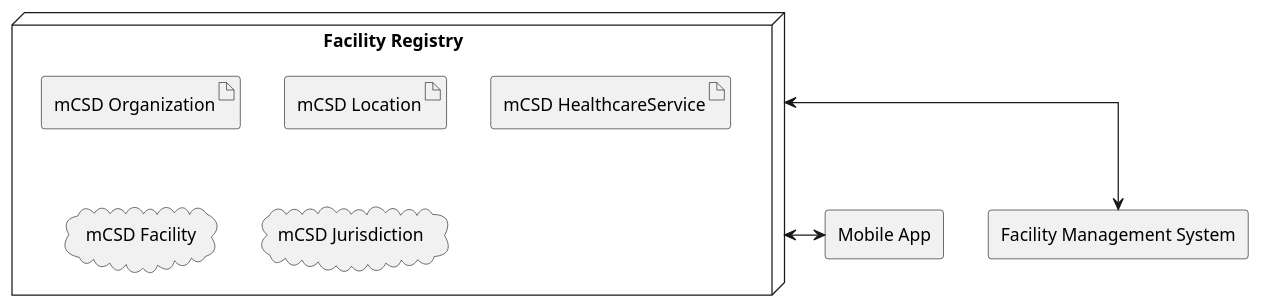
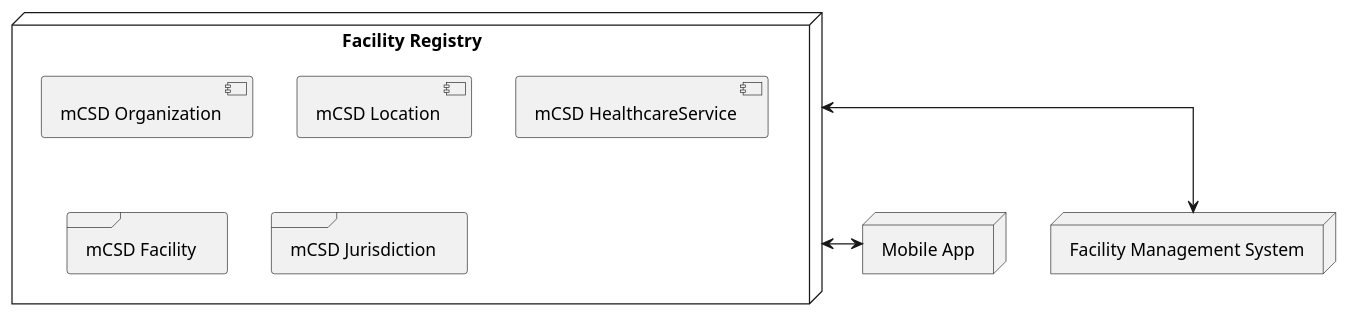
One commit to IHE/mCSD-Whitepaper changed the fourth of 6 diagrams in mCSD-Whitepaper.plantuml. Above: the diagram before and after it, drawn with PlantUML. The commit also changed other lines of this file and 11 other files, not shown here.

Commit message:
Added back in use cases at the top and updated the facility section to reflect this change.  HWR and ILR still need to be updated.  Also updated diagrams for those.

```diff
--- a/mCSD-Whitepaper.plantuml
+++ b/mCSD-Whitepaper.plantuml
@@ -71,18 +74,19 @@
-@startuml monitor-function-facilities
+@startuml simple-facility-services
+skinparam componentStyle uml2
 skinparam linetype ortho
 
 node registry as "Facility Registry" {
-  artifact forg as "mCSD Organization"
-  artifact floc as "mCSD Location"
-  artifact service as "mCSD HealthcareService"
-  cloud "mCSD Facility"
-  cloud "mCSD Jurisdiction"
+  component forg as "mCSD Organization"
+  component floc as "mCSD Location"
+  component service as "mCSD HealthcareService"
+  frame "mCSD Facility"
+  frame "mCSD Jurisdiction"
 }
 together {
-  rectangle fms as "Facility Management System"
-  rectangle mobile as "Mobile App"
+  node fms as "Facility Management System"
+  node mobile as "Mobile App"
 }
 registry <--> fms 
 registry <--> mobile 
 
 @enduml
```
